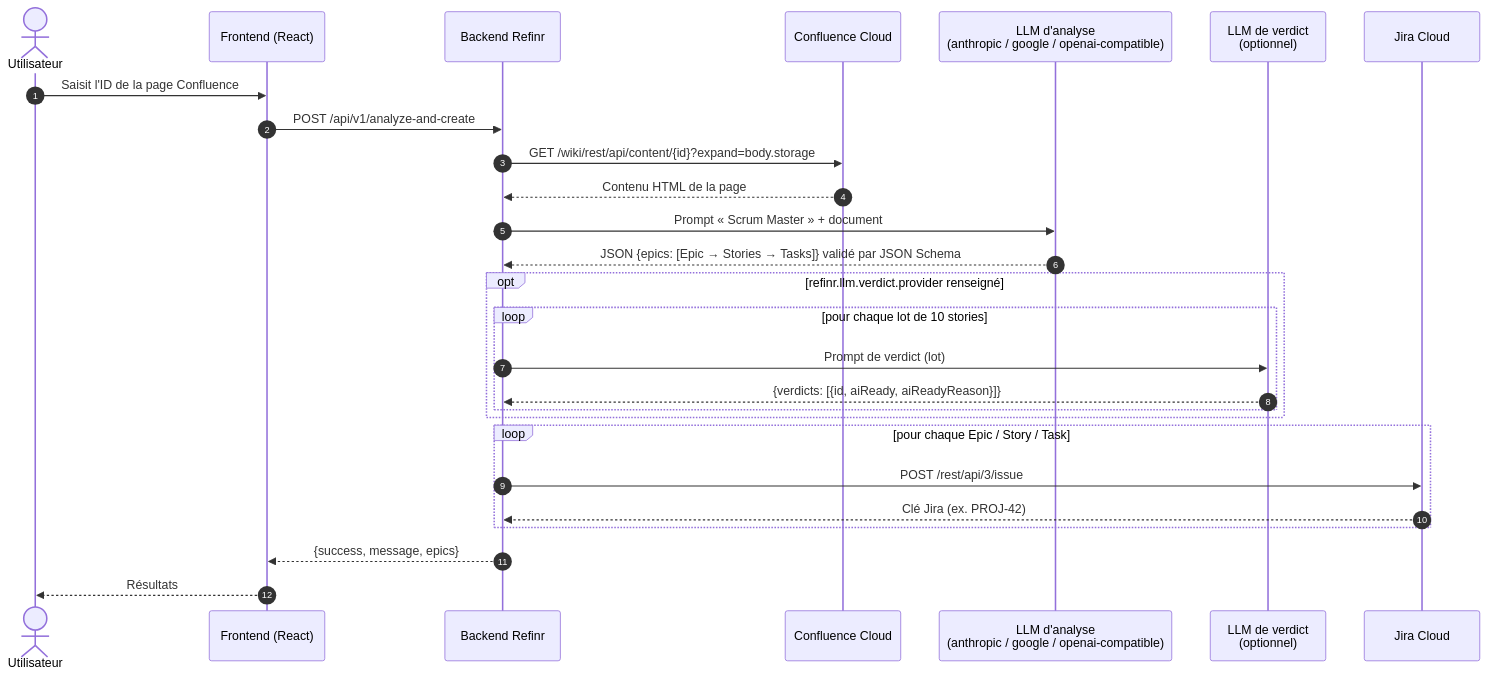
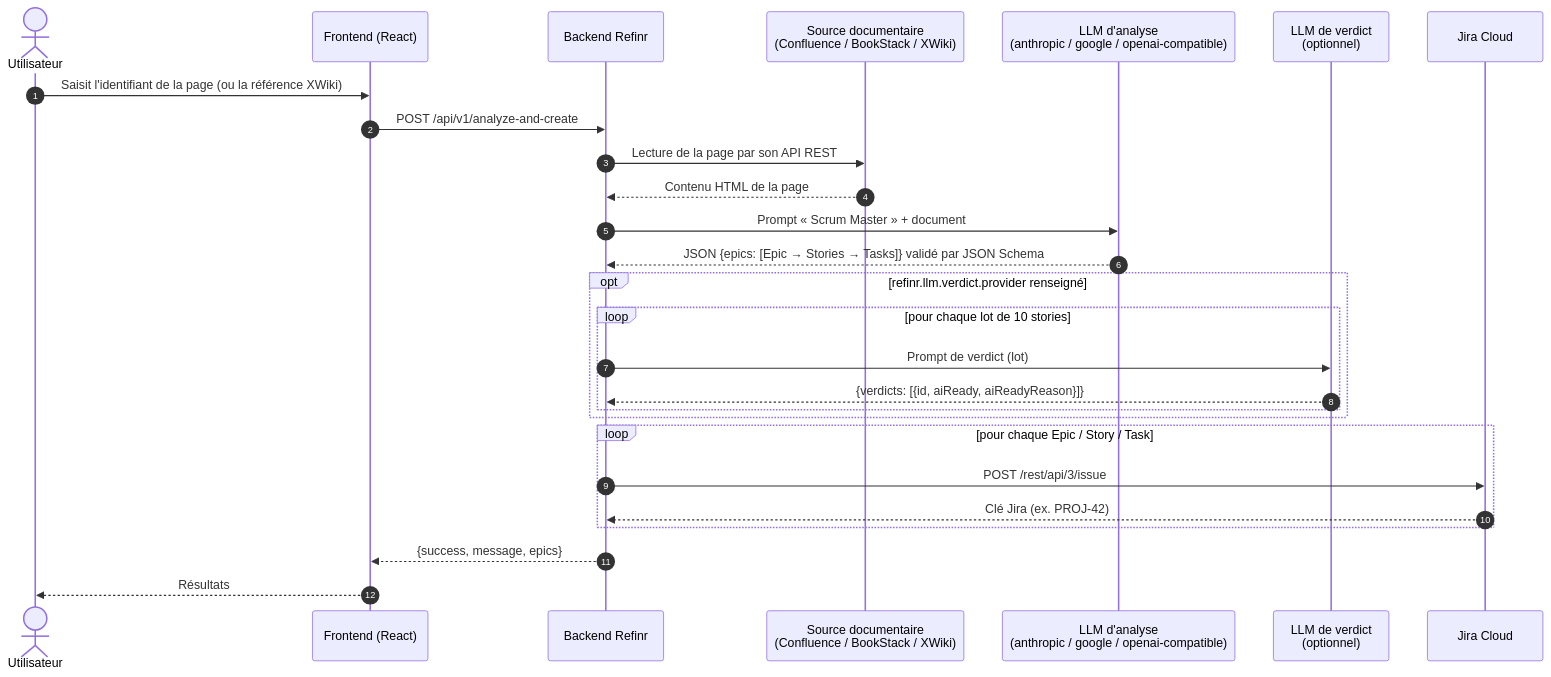
One commit to chams-bensalem/refinr changed the first of 2 diagrams in README.fr.md. Above: the diagram before and after it, drawn with Mermaid. The commit also changed other lines of this file and 19 other files, not shown here.

````diff
--- a/README.fr.md
+++ b/README.fr.md
@@ -165,30 +171,30 @@
 ```mermaid
 sequenceDiagram
     autonumber
     actor U as Utilisateur
     participant F as Frontend (React)
     participant B as Backend Refinr
-    participant C as Confluence Cloud
+    participant C as Source documentaire<br/>(Confluence / BookStack / XWiki)
     participant A as LLM d'analyse<br/>(anthropic / google / openai-compatible)
     participant V as LLM de verdict<br/>(optionnel)
     participant J as Jira Cloud
 
-    U->>F: Saisit l'ID de la page Confluence
+    U->>F: Saisit l'identifiant de la page (ou la référence XWiki)
     F->>B: POST /api/v1/analyze-and-create
-    B->>C: GET /wiki/rest/api/content/{id}?expand=body.storage
+    B->>C: Lecture de la page par son API REST
     C-->>B: Contenu HTML de la page
     B->>A: Prompt « Scrum Master » + document
     A-->>B: JSON {epics: [Epic → Stories → Tasks]} validé par JSON Schema
     opt refinr.llm.verdict.provider renseigné
         loop pour chaque lot de 10 stories
             B->>V: Prompt de verdict (lot)
             V-->>B: {verdicts: [{id, aiReady, aiReadyReason}]}
         end
     end
     loop pour chaque Epic / Story / Task
         B->>J: POST /rest/api/3/issue
         J-->>B: Clé Jira (ex. PROJ-42)
     end
     B-->>F: {success, message, epics}
     F-->>U: Résultats
 ```
````
